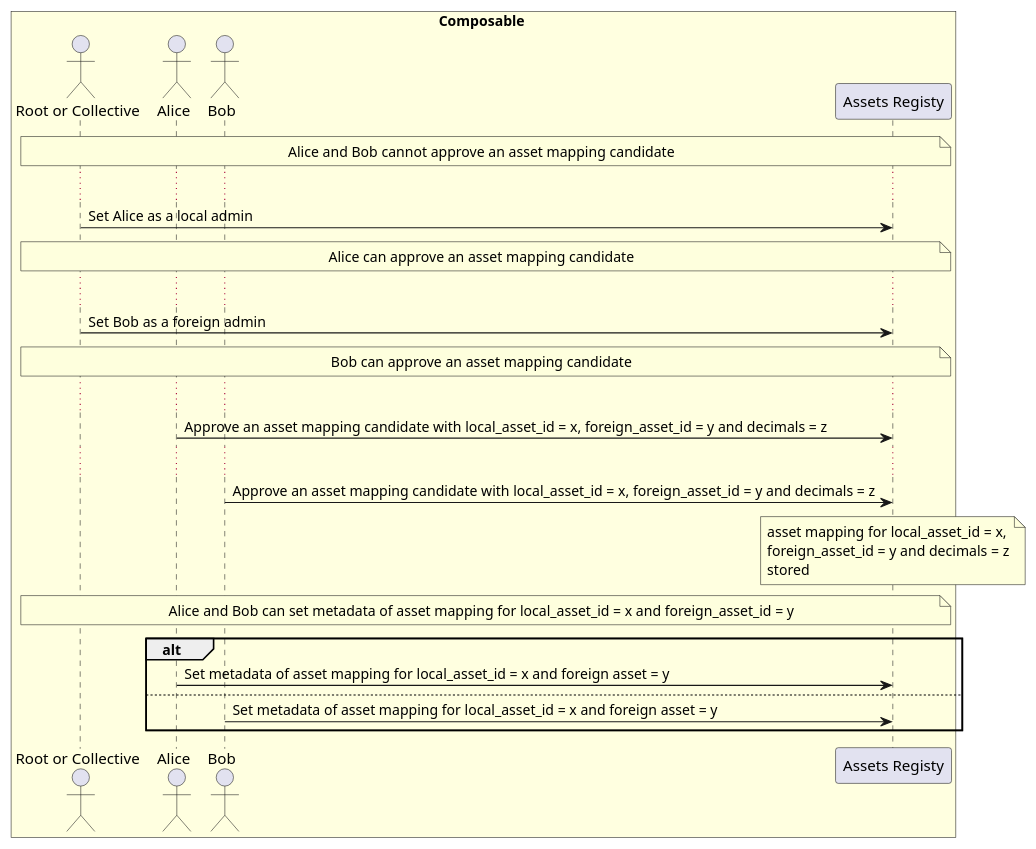
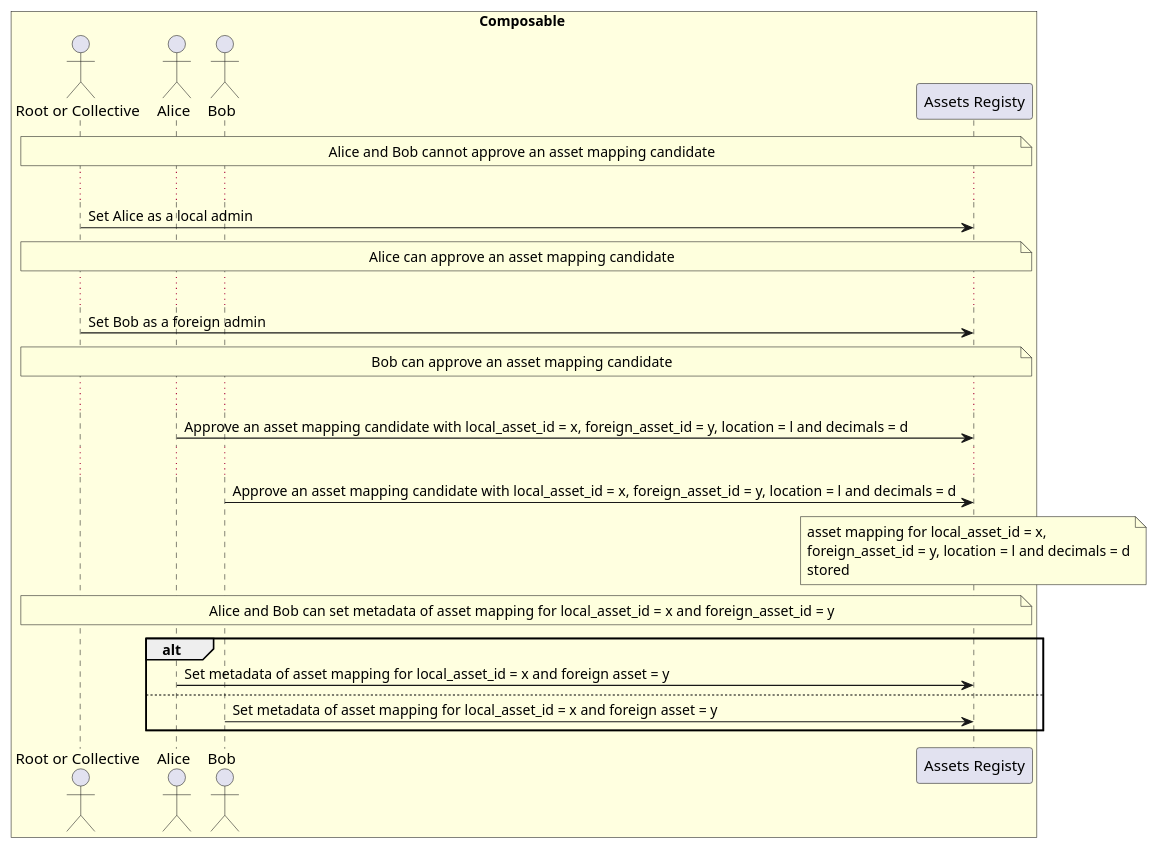
Before and after one commit to ComposableFi/composable: the diagram in frame/assets-registry/local-mapping.plantuml, drawn with PlantUML. The commit also changed 1 other file, not shown here.

Commit message:
Update docs of pallet-assets-registry

```diff
--- a/frame/assets-registry/local-mapping.plantuml
+++ b/frame/assets-registry/local-mapping.plantuml
@@ -1,43 +1,43 @@
-@startuml
+@startuml "Assets Mapping"
 
 box Composable #LightYellow
   actor "Root or Collective" as composable_authority
   actor "Alice" as alice
   actor "Bob" as bob
   participant "Assets Registy" as assets_registry_pallet
 end box
 
 note across: Alice and Bob cannot approve an asset mapping candidate
 
 ...
 
 composable_authority -> assets_registry_pallet: Set Alice as a local admin
 note across: Alice can approve an asset mapping candidate
 
 ...
 
 composable_authority -> assets_registry_pallet: Set Bob as a foreign admin
 note across: Bob can approve an asset mapping candidate
 
 ...
 
-alice -> assets_registry_pallet: Approve an asset mapping candidate with local_asset_id = x, foreign_asset_id = y and decimals = z
+alice -> assets_registry_pallet: Approve an asset mapping candidate with local_asset_id = x, foreign_asset_id = y, location = l and decimals = d
 
 ...
 
-bob -> assets_registry_pallet: Approve an asset mapping candidate with local_asset_id = x, foreign_asset_id = y and decimals = z
+bob -> assets_registry_pallet: Approve an asset mapping candidate with local_asset_id = x, foreign_asset_id = y, location = l and decimals = d
 note over assets_registry_pallet
 asset mapping for local_asset_id = x,
-foreign_asset_id = y and decimals = z
+foreign_asset_id = y, location = l and decimals = d
 stored
 end note
 
 note across: Alice and Bob can set metadata of asset mapping for local_asset_id = x and foreign_asset_id = y
 
 alt
 alice -> assets_registry_pallet: Set metadata of asset mapping for local_asset_id = x and foreign asset = y
 else
 bob -> assets_registry_pallet: Set metadata of asset mapping for local_asset_id = x and foreign asset = y
 end
 
 @enduml
```
